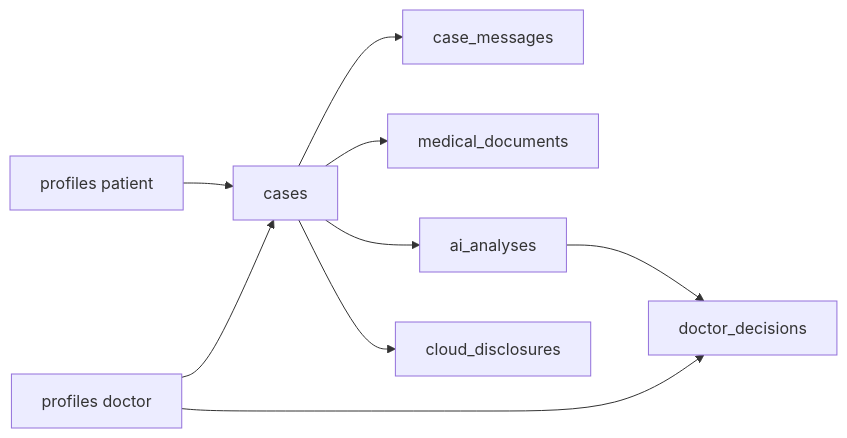
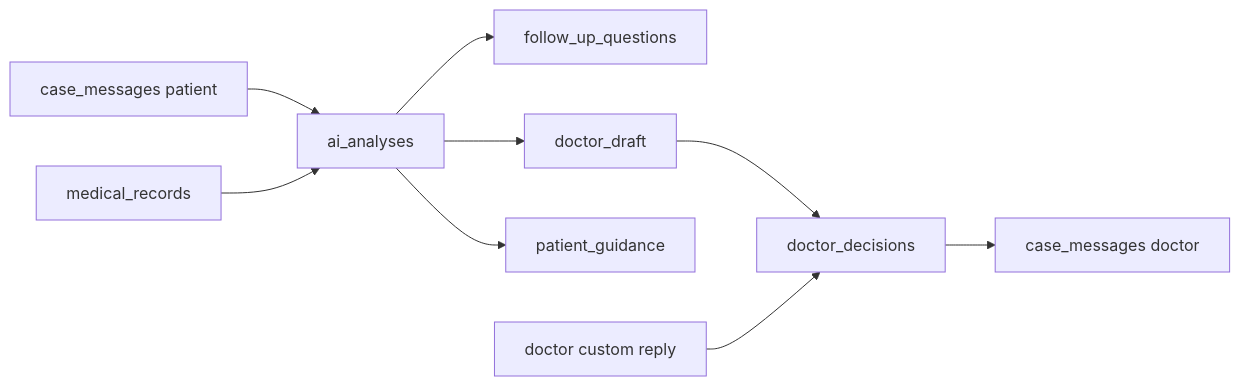
Before and after one commit to AlexM-058/MedFlow-Database: the second of 2 diagrams in SCHEMA.md, drawn with Mermaid. The commit also changed other lines of this file and 4 other files, not shown here.

Commit message:
Add migration 002 post-consultation schema review fixes.

````diff
--- a/SCHEMA.md
+++ b/SCHEMA.md
@@ -112,11 +125,11 @@
 ```mermaid
 flowchart LR
-  P[profiles patient] --> C[cases]
-  D[profiles doctor] --> C
-  C --> M[case_messages]
-  C --> Doc[medical_documents]
-  C --> AI[ai_analyses]
-  AI --> Dec[doctor_decisions]
-  D --> Dec
-  C --> CD[cloud_disclosures]
+  PMsg[case_messages patient] --> AI[ai_analyses]
+  Hist[medical_records] --> AI
+  AI --> Q[follow_up_questions]
+  AI --> Draft[doctor_draft]
+  AI --> Guide[patient_guidance]
+  Draft --> DocDec[doctor_decisions]
+  DocCustom[doctor custom reply] --> DocDec
+  DocDec --> Out[case_messages doctor]
 ```
````
